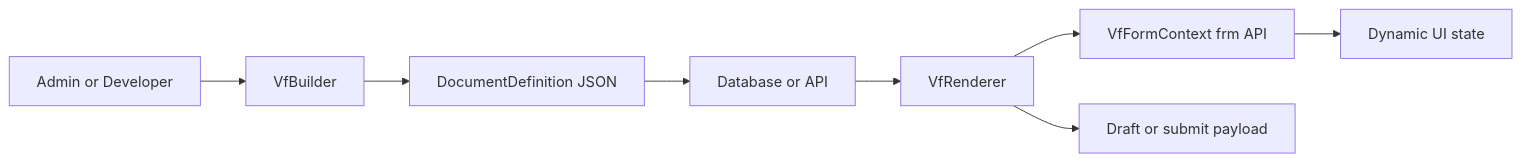
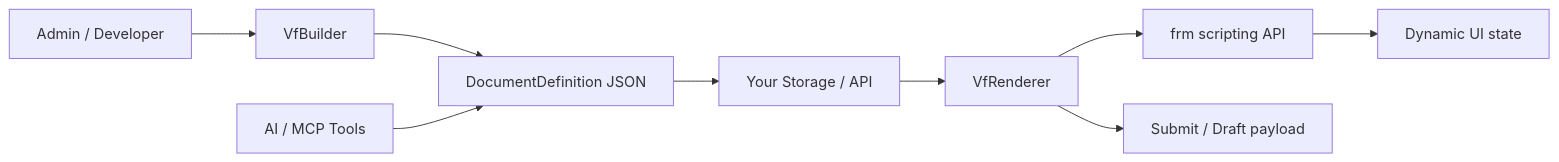
Before and after one commit to DonnC/vant-flow: the diagram in README.md, drawn with Mermaid. The commit also changed other lines of this file and 2 other files, not shown here.

````diff
--- a/README.md
+++ b/README.md
@@ -50,10 +57,11 @@
 ```mermaid
 flowchart LR
-    A[Admin or Developer] --> B[VfBuilder]
+    A[Admin / Developer] --> B[VfBuilder]
     B --> C[DocumentDefinition JSON]
-    C --> D[Database or API]
+    C --> D[Your Storage / API]
     D --> E[VfRenderer]
-    E --> F[VfFormContext frm API]
+    E --> F[frm scripting API]
     F --> G[Dynamic UI state]
-    E --> H[Draft or submit payload]
+    E --> H[Submit / Draft payload]
+    I[AI / MCP Tools] --> C
 ```
````
